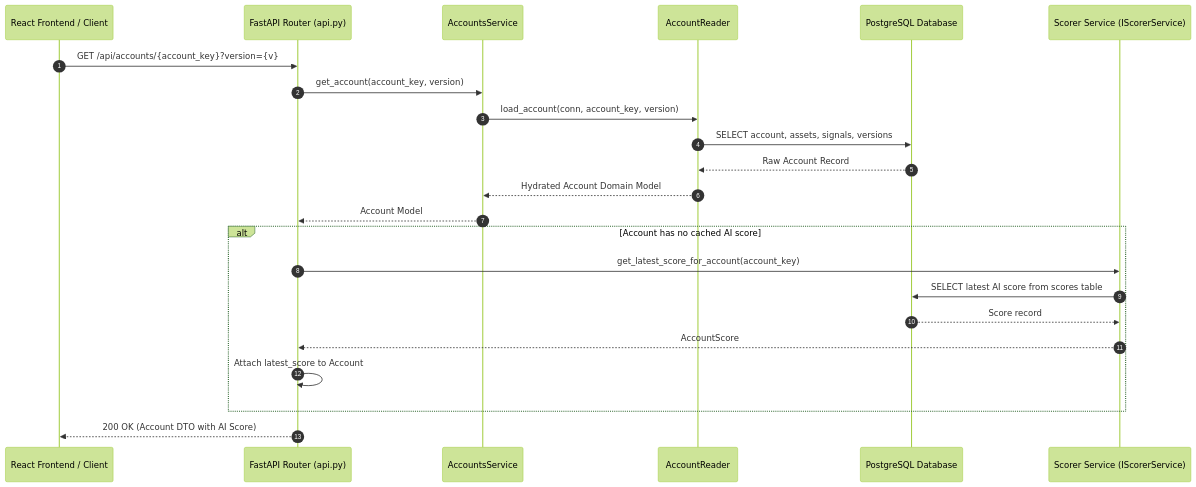
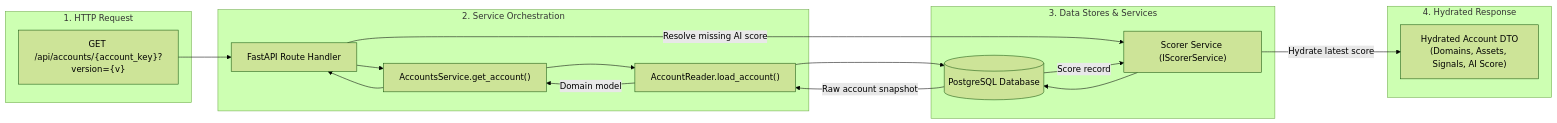
Before and after one commit to dev-anuj007/cyber_intel: the third of 4 diagrams in backend/src/services/accounts/README.md, drawn with Mermaid (forest theme). The commit also changed other lines of this file, not shown here.

Commit message:
Account service clean up p0

````diff
--- a/backend/src/services/accounts/README.md
+++ b/backend/src/services/accounts/README.md
@@ -138,26 +151,33 @@
 ```mermaid
-sequenceDiagram
-    autonumber
-    participant UI as React Frontend / Client
-    participant API as FastAPI Router (api.py)
-    participant Svc as AccountsService
-    participant Reader as AccountReader
-    participant DB as PostgreSQL Database
-    participant Scorer as Scorer Service (IScorerService)
+flowchart LR
+    subgraph ClientReq["1. HTTP Request"]
+        Req["GET /api/accounts/{account_key}?version={v}"]
+    end
 
-    UI->>API: GET /api/accounts/{account_key}?version={v}
-    API->>Svc: get_account(account_key, version)
-    Svc->>Reader: load_account(conn, account_key, version)
-    Reader->>DB: SELECT account, assets, signals, versions
-    DB-->>Reader: Raw Account Record
-    Reader-->>Svc: Hydrated Account Domain Model
-    Svc-->>API: Account Model
-    alt Account has no cached AI score
-        API->>Scorer: get_latest_score_for_account(account_key)
-        Scorer->>DB: SELECT latest AI score from scores table
-        DB-->>Scorer: Score record
-        Scorer-->>API: AccountScore
-        API->>API: Attach latest_score to Account
+    subgraph ServiceLayer["2. Service Orchestration"]
+        Route["FastAPI Route Handler"]
+        Svc["AccountsService.get_account()"]
+        Reader["AccountReader.load_account()"]
     end
-    API-->>UI: 200 OK (Account DTO with AI Score)
+
+    subgraph DataStore["3. Data Stores & Services"]
+        DB[("PostgreSQL Database")]
+        Scorer["Scorer Service (IScorerService)"]
+    end
+
+    subgraph ClientResp["4. Hydrated Response"]
+        AccountDTO["Hydrated Account DTO<br/>(Domains, Assets, Signals, AI Score)"]
+    end
+
+    Req --> Route
+    Route --> Svc
+    Svc --> Reader
+    Reader --> DB
+    DB -->|"Raw account snapshot"| Reader
+    Reader -->|"Domain model"| Svc
+    Svc --> Route
+    Route -->|"Resolve missing AI score"| Scorer
+    Scorer --> DB
+    DB -->|"Score record"| Scorer
+    Scorer -->|"Hydrate latest score"| AccountDTO
 ```
````
